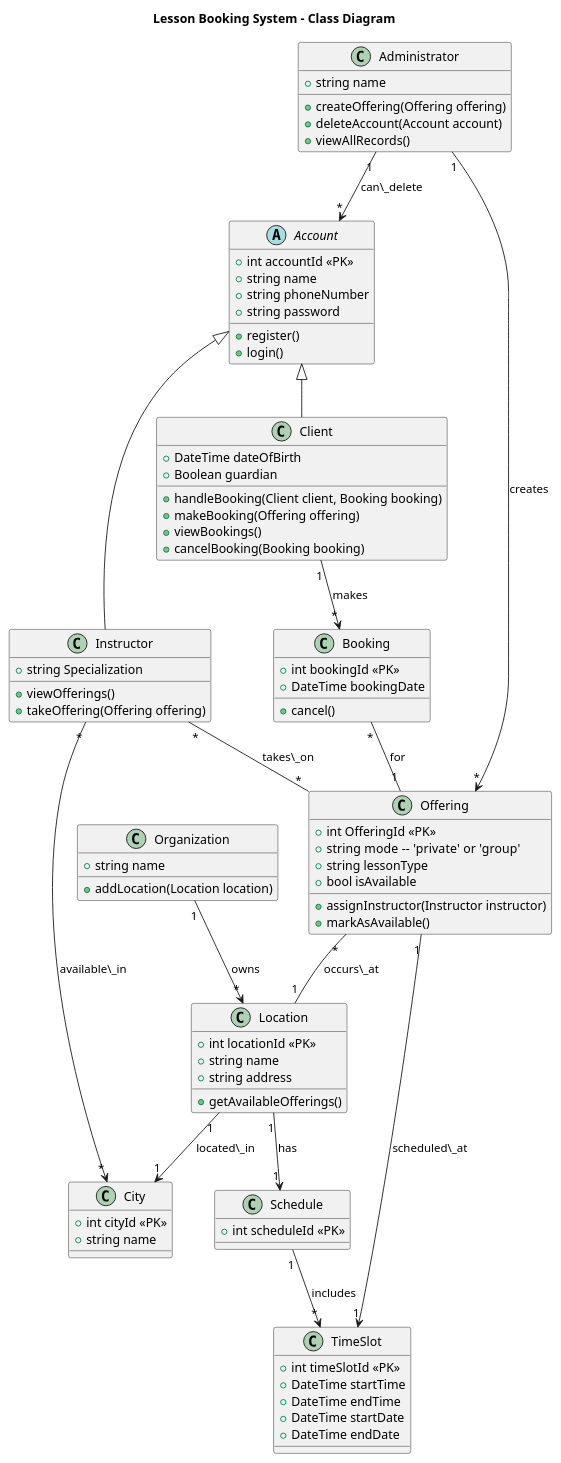
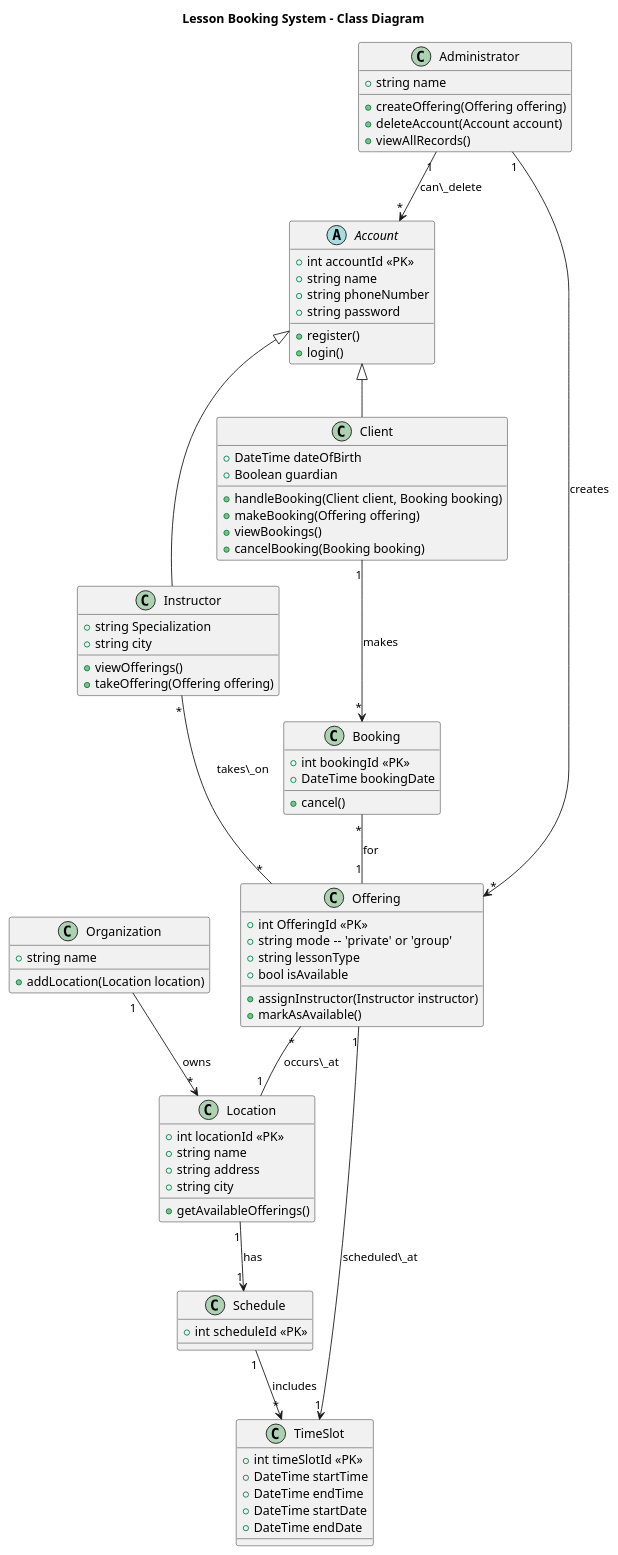
One commit to FrancoDominguez/SOEN342-project changed the diagram in documentation/ClassDiagram.puml. Above: the diagram before and after it, drawn with PlantUML. The commit also changed 16 other files, not shown here.

Commit message:
fixed up class diagram

```diff
--- a/documentation/ClassDiagram.puml
+++ b/documentation/ClassDiagram.puml
@@ -1,108 +1,102 @@
 @startuml ClassDiagram
 
 title Lesson Booking System - Class Diagram
 
 class Organization {
   + string name
   + addLocation(Location location)
 }
 
-class City {
-  + int cityId <<PK>>
-  + string name
-}
 
 class Location {
   + int locationId <<PK>>
   + string name
   + string address
+  + string city
   + getAvailableOfferings()
 }
 
 class Schedule {
   + int scheduleId <<PK>>
 }
 
 class TimeSlot {
   + int timeSlotId <<PK>>
   + DateTime startTime
   + DateTime endTime
   + DateTime startDate
   + DateTime endDate
 }
 
 abstract class Account {
   + int accountId <<PK>>
   + string name
   + string phoneNumber
   + string password
   + register()
   + login()
 }
 
 class Instructor {
   + string Specialization
   + viewOfferings()
+  + string city
   + takeOffering(Offering offering)
 }
 
 class Offering {
   + int OfferingId <<PK>>
   + string mode  -- 'private' or 'group'
   + string lessonType
   + bool isAvailable
   + assignInstructor(Instructor instructor)
   + markAsAvailable()
 }
 
 class Client {
   + DateTime dateOfBirth
   + Boolean guardian
   + handleBooking(Client client, Booking booking)
   + makeBooking(Offering offering)
   + viewBookings()
   + cancelBooking(Booking booking)
 }
 
 class Administrator {
   + string name
   + createOffering(Offering offering)
   + deleteAccount(Account account)
   + viewAllRecords()
 }
 
 
 class Booking {
   + int bookingId <<PK>>
   + DateTime bookingDate
   + cancel()
 }
 
 Account <|-- Instructor
 Account <|-- Client
 
 Organization "1" --> "*" Location : owns
 
 Location "1" --> "1" Schedule : has
 
 Schedule "1" --> "*" TimeSlot : includes
 
-Location "1" --> "1" City : located\_in
-
-Instructor "*" --> "*" City : available\_in
-
 Instructor "*" -- "*" Offering : takes\_on
 
 Offering "*" -- "1" Location : occurs\_at
 
 Offering "1" --> "1" TimeSlot : scheduled\_at
 
 Client "1" --> "*" Booking : makes
 
 Booking "*" -- "1" Offering : for
 
 Administrator "1" --> "*" Offering : creates
 
 Administrator "1" --> "*" Account : can\_delete
 
 @enduml
```
